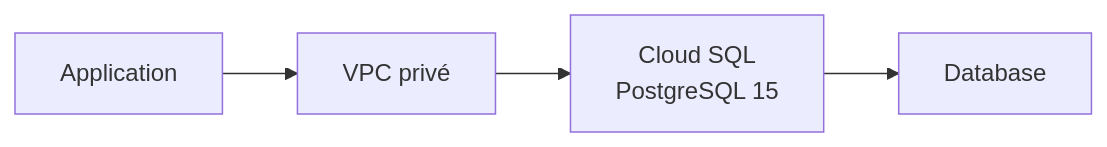
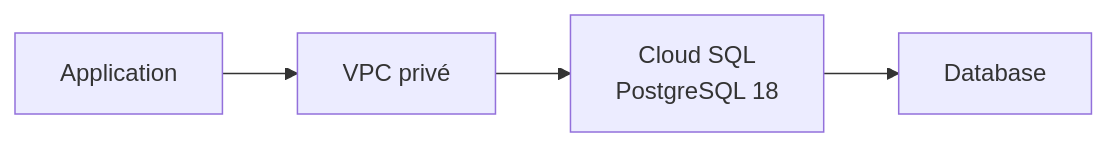
The third of 4 diagrams in terraform/modules/database/README.md (ismael-belghazi/medirdv), drawn with Mermaid before and after one commit. The commit also changed other lines of this file and 1 other file, not shown here.

Commit message:
upgrade Cloud SQL PostgreSQL to 18

````diff
--- a/terraform/modules/database/README.md
+++ b/terraform/modules/database/README.md
@@ -244,6 +244,6 @@
 ```mermaid
 flowchart LR
     APP["Application"] --> VPC["VPC privé"]
-    VPC --> SQL["Cloud SQL<br/>PostgreSQL 15"]
+    VPC --> SQL["Cloud SQL<br/>PostgreSQL 18"]
     SQL --> DB["Database"]
 ```
````
